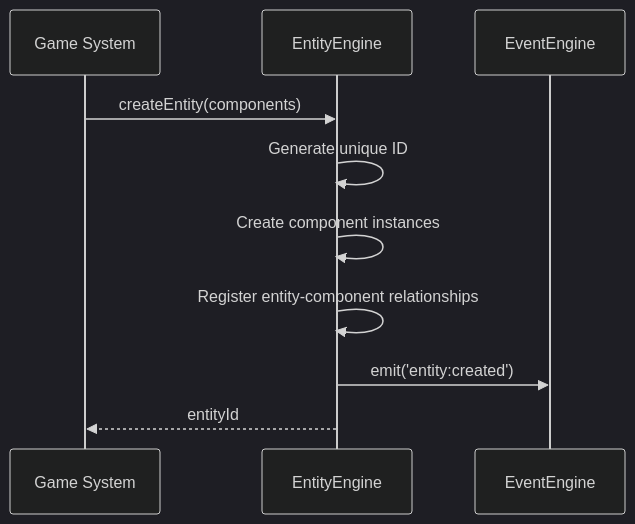
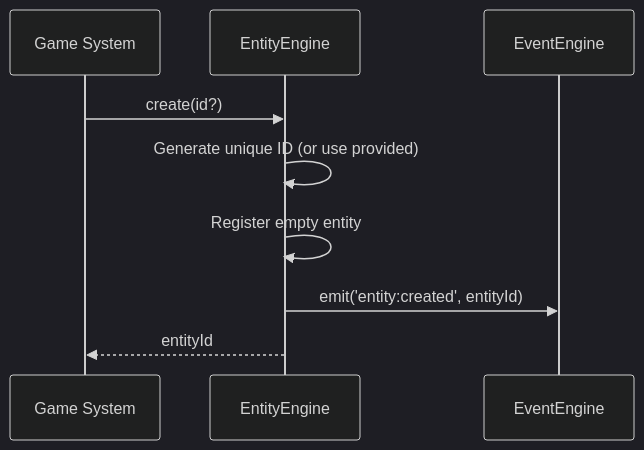
Before and after one commit to HenriqueArtur/TYPE: the second of 3 diagrams in docs/architecture/entity-engine.md, drawn with Mermaid (dark theme). The commit also changed other lines of this file and 4 other files, not shown here.

First line of the commit message:
📝 docs: update OnCollisionEventComponent to remove event property and fix examples

````diff
--- a/docs/architecture/entity-engine.md
+++ b/docs/architecture/entity-engine.md
@@ -264,13 +591,12 @@
 ```mermaid
 sequenceDiagram
     participant System as Game System
     participant EE as EntityEngine
     participant Event as EventEngine
     
-    System->>EE: createEntity(components)
-    EE->>EE: Generate unique ID
-    EE->>EE: Create component instances
-    EE->>EE: Register entity-component relationships
-    EE->>Event: emit('entity:created')
+    System->>EE: create(id?)
+    EE->>EE: Generate unique ID (or use provided)
+    EE->>EE: Register empty entity
+    EE->>Event: emit('entity:created', entityId)
     EE-->>System: entityId
 ```
````
